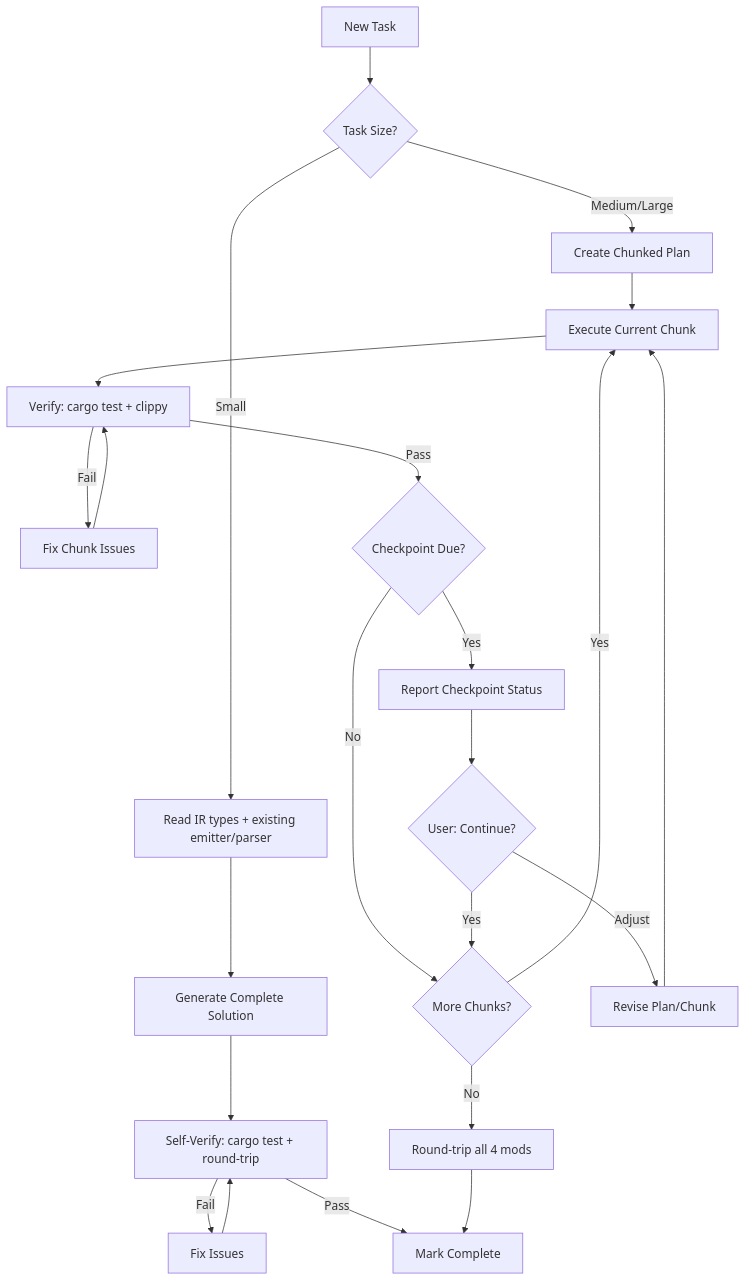
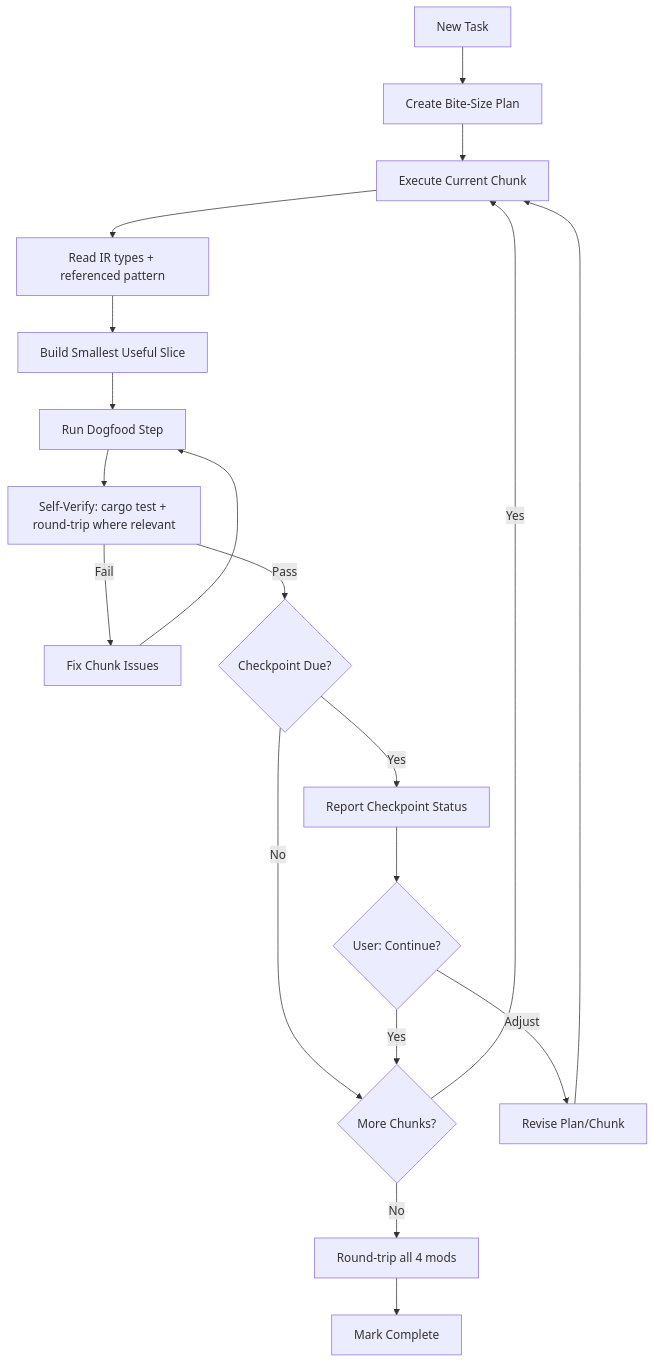
Before and after one commit to hgorelick/sliceymon-expansion: the diagram in personas/ai-development.md, drawn with Mermaid. The commit also changed other lines of this file, not shown here.

First line of the commit message:
docs(ai-development): land in-flight rewrite + round-23 SpriteId accessor fix

````diff
--- a/personas/ai-development.md
+++ b/personas/ai-development.md
@@ -667,27 +688,21 @@
 ```mermaid
 graph TD
-    Task[New Task] --> Assess{Task Size?}
-
-    Assess -->|Small| Context[Read IR types + existing emitter/parser]
-    Context --> Generate[Generate Complete Solution]
-    Generate --> Verify[Self-Verify: cargo test + round-trip]
-    Verify -->|Pass| Complete[Mark Complete]
-    Verify -->|Fail| Fix[Fix Issues]
-    Fix --> Verify
-
-    Assess -->|Medium/Large| Plan[Create Chunked Plan]
+    Task[New Task] --> Plan[Create Bite-Size Plan]
     Plan --> Chunk[Execute Current Chunk]
-    Chunk --> ChunkVerify[Verify: cargo test + clippy]
-    ChunkVerify -->|Fail| ChunkFix[Fix Chunk Issues]
-    ChunkFix --> ChunkVerify
+    Chunk --> Context[Read IR types + referenced pattern]
+    Context --> Build[Build Smallest Useful Slice]
+    Build --> Dogfood[Run Dogfood Step]
+    Dogfood --> ChunkVerify[Self-Verify: cargo test + round-trip where relevant]
+    ChunkVerify -->|Fail| Fix[Fix Chunk Issues]
+    Fix --> Dogfood
     ChunkVerify -->|Pass| CheckpointDue{Checkpoint Due?}
     CheckpointDue -->|No| MoreChunks{More Chunks?}
     CheckpointDue -->|Yes| Report[Report Checkpoint Status]
     Report --> UserOK{User: Continue?}
     UserOK -->|Yes| MoreChunks
     UserOK -->|Adjust| Revise[Revise Plan/Chunk]
     Revise --> Chunk
     MoreChunks -->|Yes| Chunk
     MoreChunks -->|No| FinalVerify[Round-trip all 4 mods]
-    FinalVerify --> Complete
+    FinalVerify --> Complete[Mark Complete]
 ```
````
